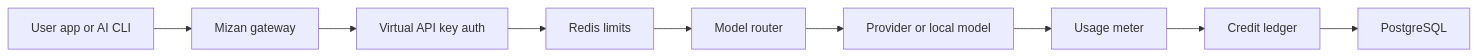
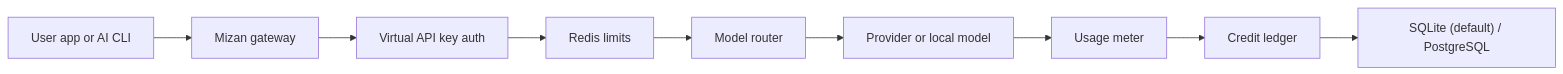
Before and after one commit to pendig/mizan: the diagram in README.md, drawn with Mermaid. The commit also changed other lines of this file and 18 other files, not shown here.

````diff
--- a/README.md
+++ b/README.md
@@ -68,11 +69,11 @@
 ```mermaid
 flowchart LR
     Client["User app or AI CLI"] --> Gateway["Mizan gateway"]
     Gateway --> Auth["Virtual API key auth"]
     Auth --> Limits["Redis limits"]
     Limits --> Router["Model router"]
     Router --> Provider["Provider or local model"]
     Provider --> Meter["Usage meter"]
     Meter --> Wallet["Credit ledger"]
-    Wallet --> DB["PostgreSQL"]
+    Wallet --> DB["SQLite (default) / PostgreSQL"]
 ```
````
